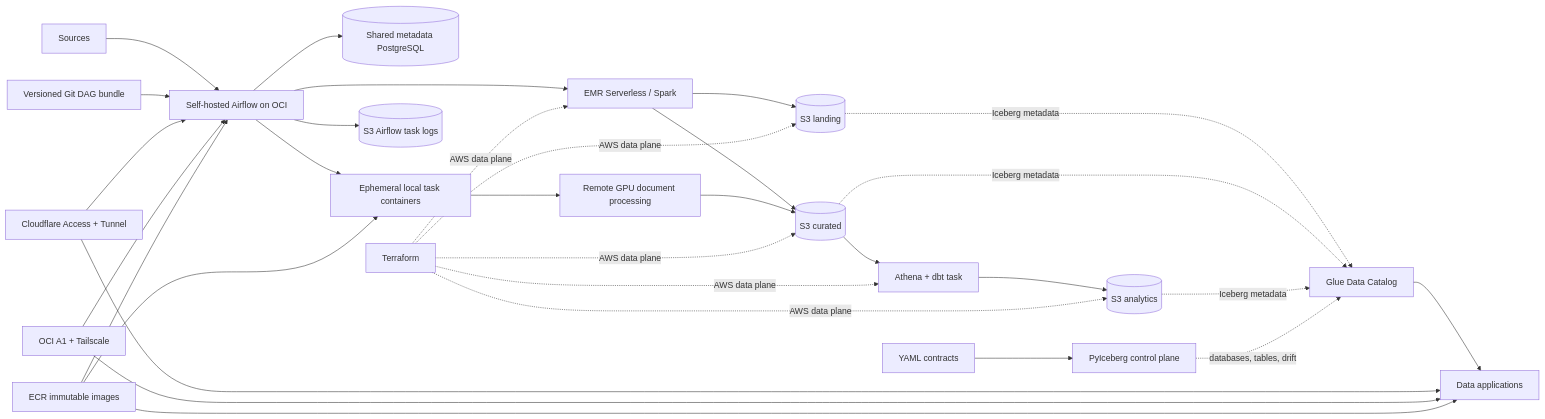
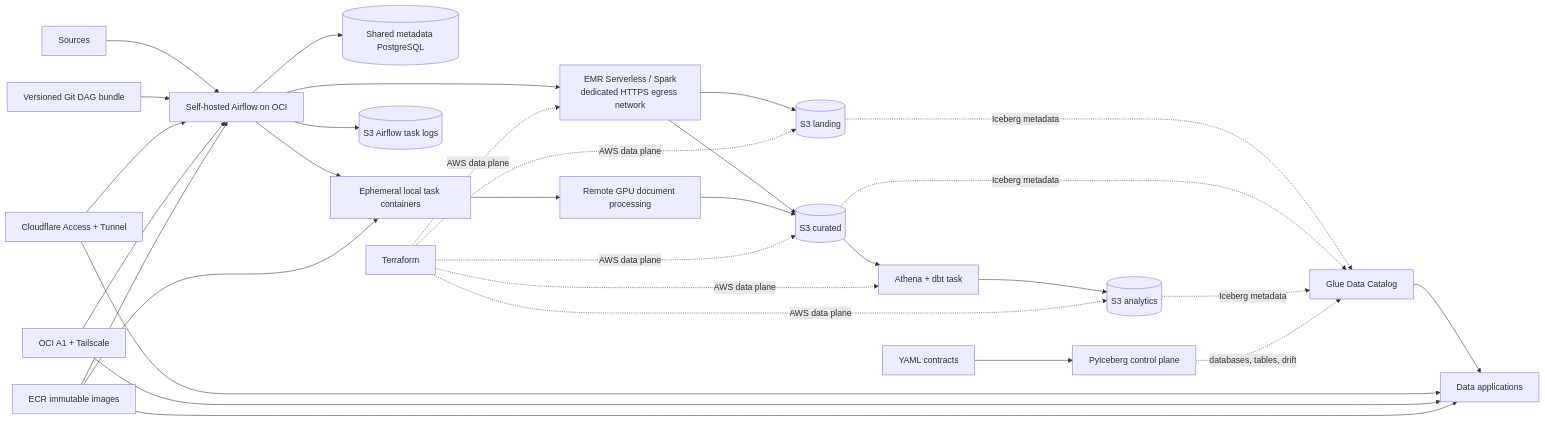
One commit to ToGiaBaoKDL/mini-lakehouse changed the diagram in README.md. Above: the diagram before and after it, drawn with Mermaid. The commit also changed other lines of this file and 9 other files, not shown here.

Commit message:
feat(infra): implement outbound network for emr serverless

````diff
--- a/README.md
+++ b/README.md
@@ -7,25 +7,25 @@
 ```mermaid
 flowchart LR
     S[Sources] --> A[Self-hosted Airflow on OCI]
     B[Versioned Git DAG bundle] --> A
     A --> M[(Shared metadata PostgreSQL)]
-    A --> E[EMR Serverless / Spark]
+    A --> E[EMR Serverless / Spark<br/>dedicated HTTPS egress network]
     A --> W[Ephemeral local task containers]
     A --> Z[(S3 Airflow task logs)]
     W --> R[Remote GPU document processing]
     E --> L[(S3 landing)]
     E --> C[(S3 curated)]
     R --> C
     L & C -. Iceberg metadata .-> G[Glue Data Catalog]
     C --> Q[Athena + dbt task]
     Q --> N[(S3 analytics)]
     N -. Iceberg metadata .-> G
     G --> D[Data applications]
     F[Cloudflare Access + Tunnel] --> A & D
 
     T[Terraform] -. AWS data plane .-> L & C & N & E & Q
     O[OCI A1 + Tailscale] --> A & D
     X[ECR immutable images] --> A & W & D
     Y[YAML contracts] --> P[PyIceberg control plane]
     P -. databases, tables, drift .-> G
 ```
````
